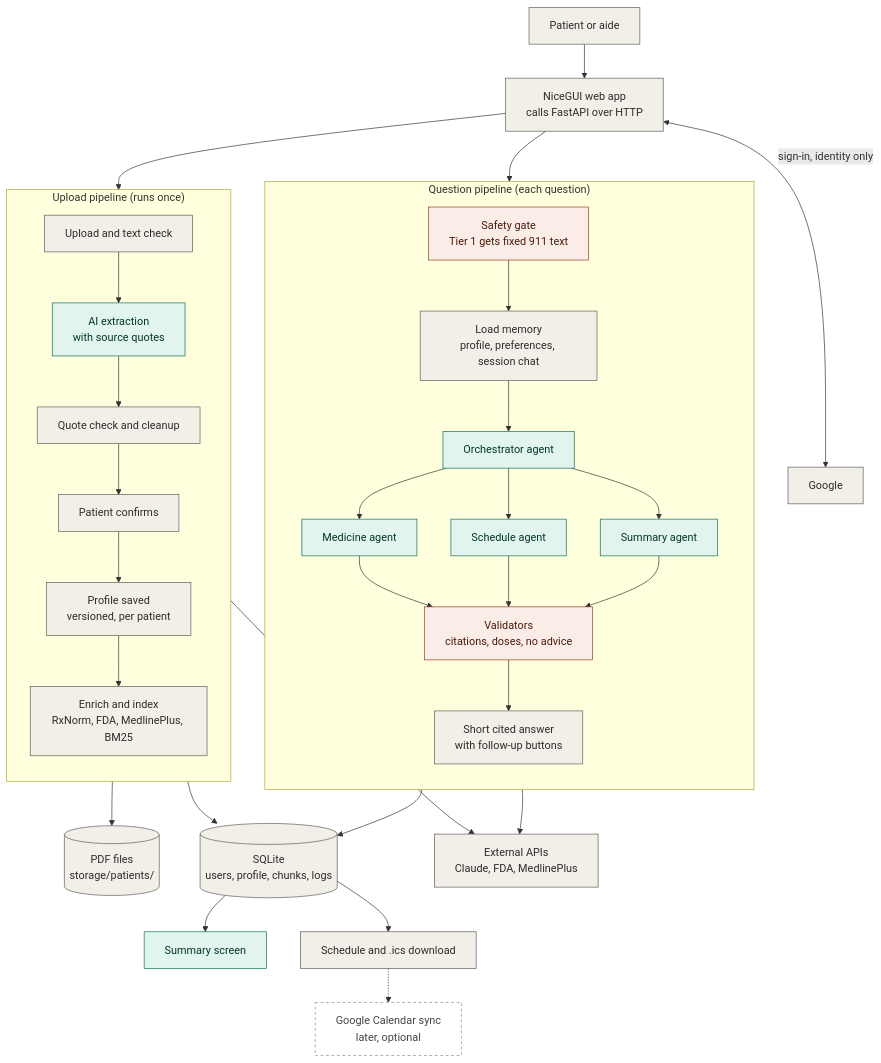
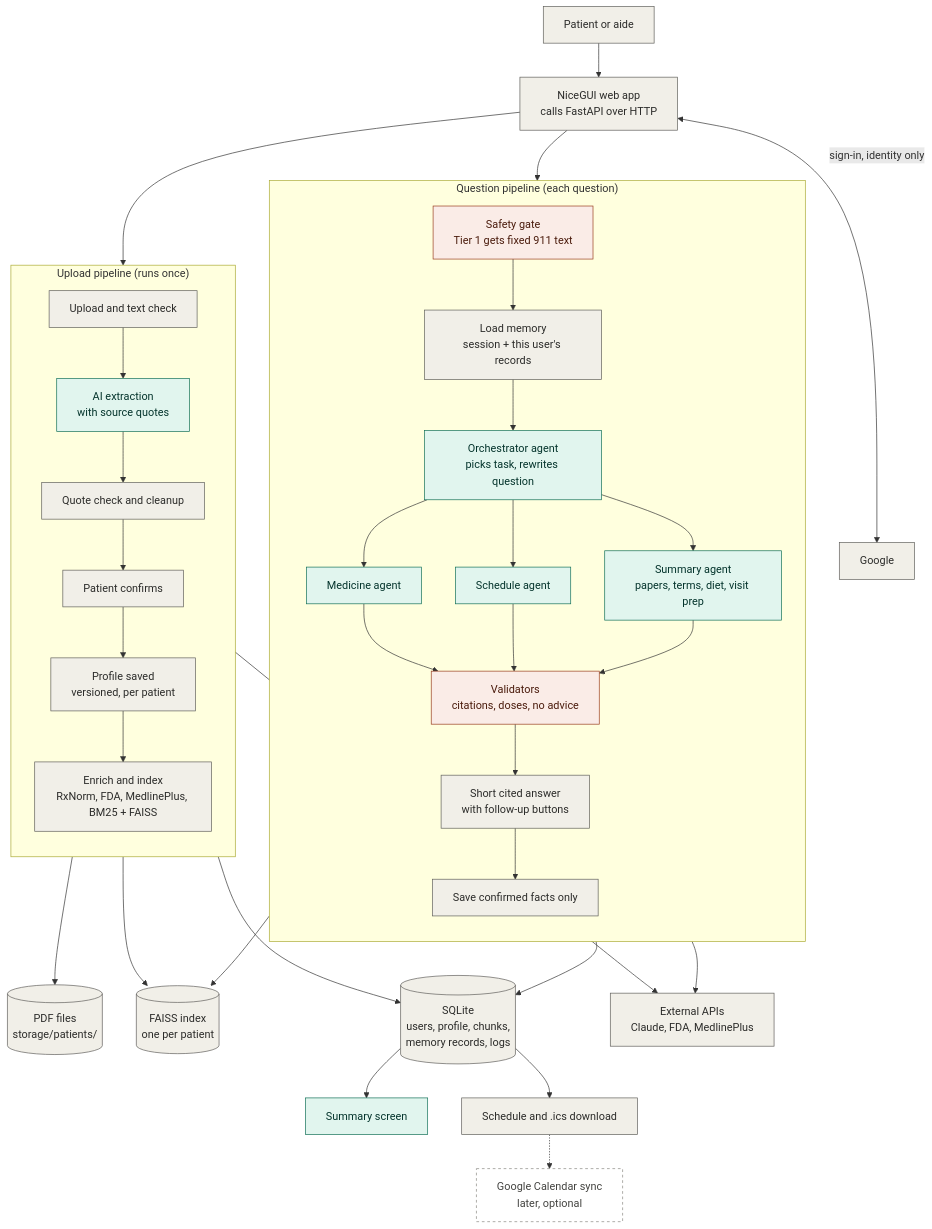
One commit to NikhilChoudhari9916/aftercare changed the diagram in README.md. Above: the diagram before and after it, drawn with Mermaid. The commit also changed other lines of this file and 21 other files, not shown here.

First line of the commit message:
docs: adopt Assignment 3 design, aide roles, sign-in and job decisions, roadmap (#2)

````diff
--- a/README.md
+++ b/README.md
@@ -24,47 +25,50 @@
 ```mermaid
 flowchart TD
     user["Patient or aide"] --> ui["NiceGUI web app<br/>calls FastAPI over HTTP"]
     ui <-->|"sign-in, identity only"| google["Google"]
     ui --> upload
     ui --> qa
 
     subgraph upload["Upload pipeline (runs once)"]
         direction TB
         u1["Upload and text check"] --> u2["AI extraction<br/>with source quotes"]
         u2 --> u3["Quote check and cleanup"]
         u3 --> u4["Patient confirms"]
         u4 --> u5["Profile saved<br/>versioned, per patient"]
-        u5 --> u6["Enrich and index<br/>RxNorm, FDA, MedlinePlus, BM25"]
+        u5 --> u6["Enrich and index<br/>RxNorm, FDA, MedlinePlus, BM25 + FAISS"]
     end
 
     subgraph qa["Question pipeline (each question)"]
         direction TB
-        q1["Safety gate<br/>Tier 1 gets fixed 911 text"] --> q2["Load memory<br/>profile, preferences, session chat"]
-        q2 --> q3["Orchestrator agent"]
+        q1["Safety gate<br/>Tier 1 gets fixed 911 text"] --> q2["Load memory<br/>session + this user's records"]
+        q2 --> q3["Orchestrator agent<br/>picks task, rewrites question"]
         q3 --> q4["Medicine agent"]
         q3 --> q5["Schedule agent"]
-        q3 --> q6["Summary agent"]
+        q3 --> q6["Summary agent<br/>papers, terms, diet, visit prep"]
         q4 --> q7["Validators<br/>citations, doses, no advice"]
         q5 --> q7
         q6 --> q7
         q7 --> q8["Short cited answer<br/>with follow-up buttons"]
+        q8 --> q9["Save confirmed facts only"]
     end
 
     upload --> files[("PDF files<br/>storage/patients/")]
-    upload --> db[("SQLite<br/>users, profile, chunks, logs")]
+    upload --> idx[("FAISS index<br/>one per patient")]
+    qa --> idx
+    upload --> db[("SQLite<br/>users, profile, chunks,<br/>memory records, logs")]
     qa --> db
     upload --> ext["External APIs<br/>Claude, FDA, MedlinePlus"]
     qa --> ext
     db --> summary["Summary screen"]
     db --> sched["Schedule and .ics download"]
     sched -.-> gcal["Google Calendar sync<br/>later, optional"]
 
     classDef safe fill:#faece7,stroke:#993c1d,color:#4a1b0c
     classDef ai fill:#e1f5ee,stroke:#0f6e56,color:#04342c
     classDef code fill:#f1efe8,stroke:#5f5e5a,color:#2c2c2a
     classDef later fill:#ffffff,stroke:#888780,color:#444441,stroke-dasharray:4 4
     class q1,q7 safe
     class u2,q3,q4,q5,q6,summary ai
-    class user,ui,google,u1,u3,u4,u5,u6,q2,q8,files,db,ext,sched code
+    class user,ui,google,u1,u3,u4,u5,u6,q2,q8,q9,files,idx,db,ext,sched code
     class gcal later
 ```
````
